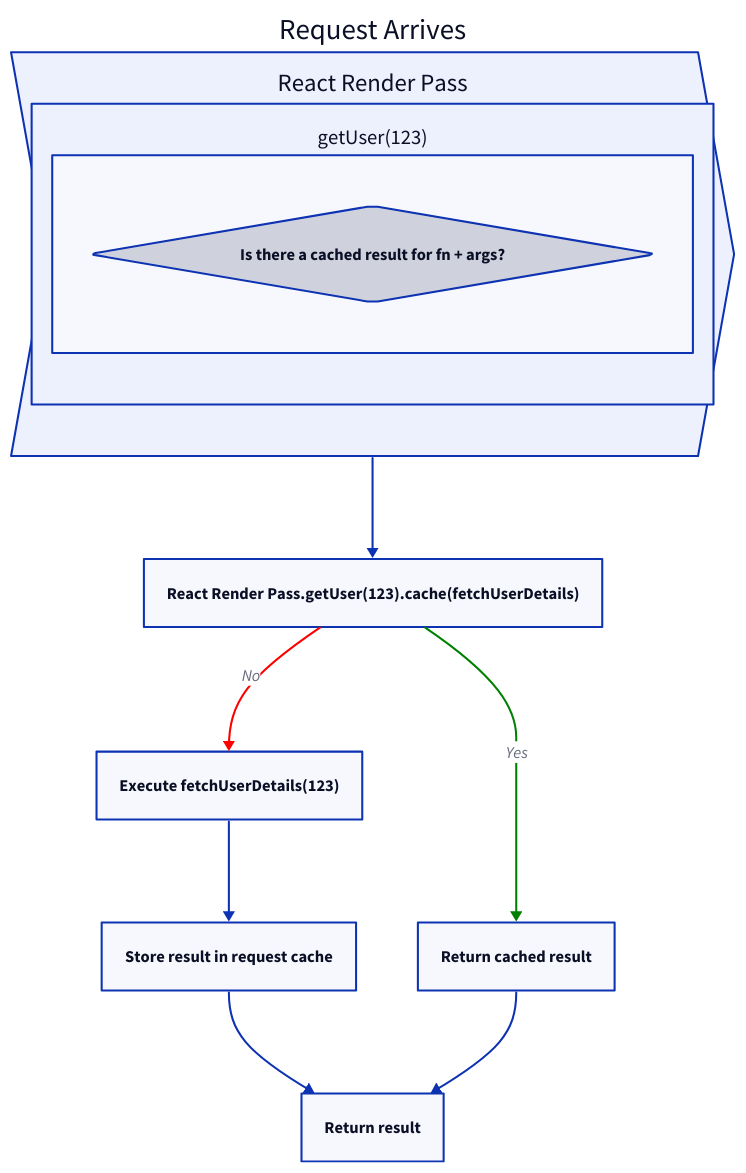
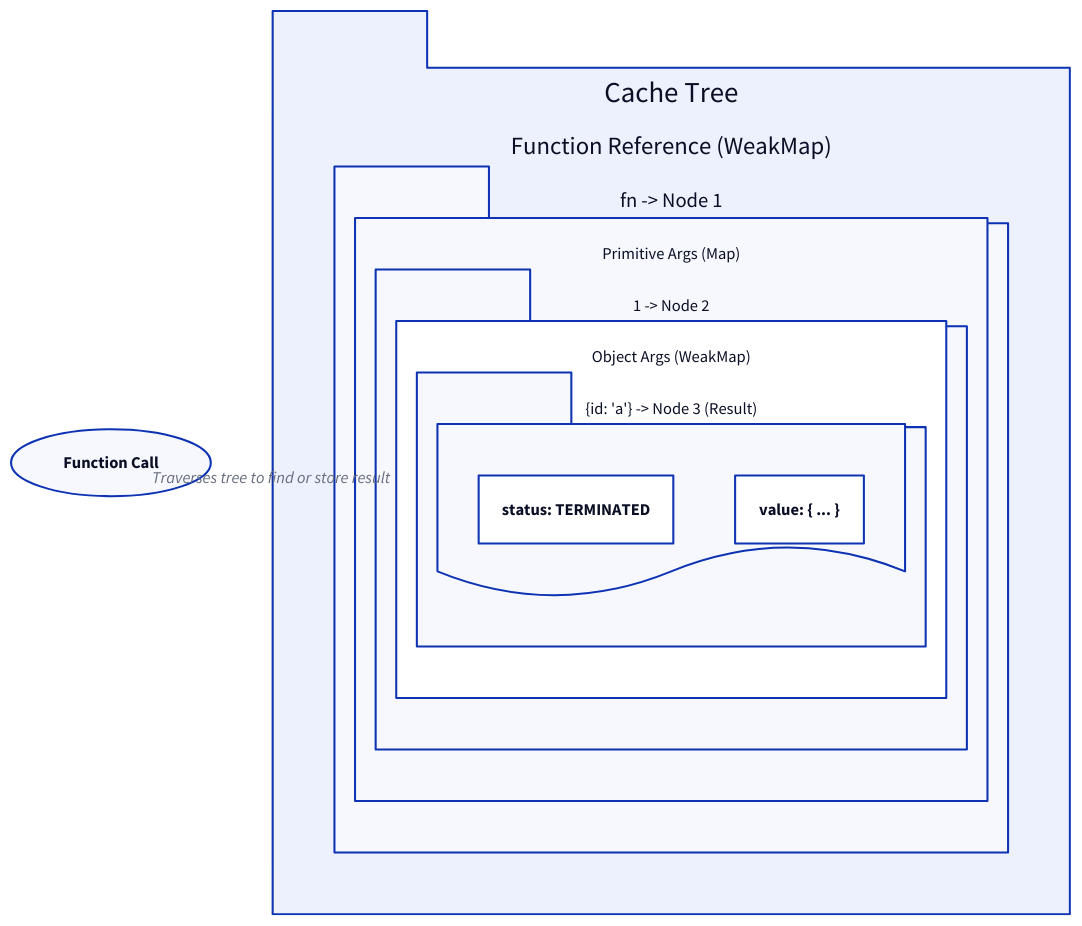
One commit to lban2049/react changed the diagram in packages/react/.aigne/doc-smith/docs/advanced-caching.md. Above: the diagram before and after it, drawn with D2. The commit also changed other lines of this file and 46 other files, not shown here.

````diff
--- a/packages/react/.aigne/doc-smith/docs/advanced-caching.md
+++ b/packages/react/.aigne/doc-smith/docs/advanced-caching.md
@@ -62,37 +53,42 @@
 ```d2
 direction: down
 
-"Request Arrives": {
-  shape: step
-  "React Render Pass": {
-    "getUser(123)": {
-      "cache(fetchUserDetails)": {
-        label: "Is there a cached result for fn + args?"
-        shape: diamond
+call: "cachedFn(1, { id: 'a' })" {
+  label: "Function Call"
+  shape: oval
+}
+
+tree: "Cache Tree" {
+  shape: package
+  grid-columns: 1
+
+  fn_ref: "Function Reference (WeakMap)" {
+    shape: package
+
+    fn_node: "fn -> Node 1" {
+      shape: rectangle
+      
+      primitive_args: "Primitive Args (Map)" {
+        shape: package
+
+        primitive_node: "1 -> Node 2" {
+          shape: rectangle
+          
+          object_args: "Object Args (WeakMap)" {
+            shape: package
+
+            result_node: "{id: 'a'} -> Node 3 (Result)" {
+              shape: document
+              "status: TERMINATED"
+              "value: { ... }"
+            }
+          }
+        }
       }
     }
   }
 }
 
-"Request Arrives" -> "React Render Pass.getUser(123).cache(fetchUserDetails)"
+call -> tree.fn_ref: "Traverses tree to find or store result"
 
-"React Render Pass.getUser(123).cache(fetchUserDetails)" -> "Execute fetchUserDetails(123)": {
-  label: No
-  style.stroke: red
-}
-
-"Execute fetchUserDetails(123)" -> "Store result in request cache": {
-  shape: cylinder
-}
-
-"Store result in request cache" -> "Return result"
-
-"React Render Pass.getUser(123).cache(fetchUserDetails)" -> "Return cached result": {
-  label: Yes
-  style.stroke: green
-}
-
-"Return cached result" -> "Return result": {
-  shape: step
-}
 ```
````
